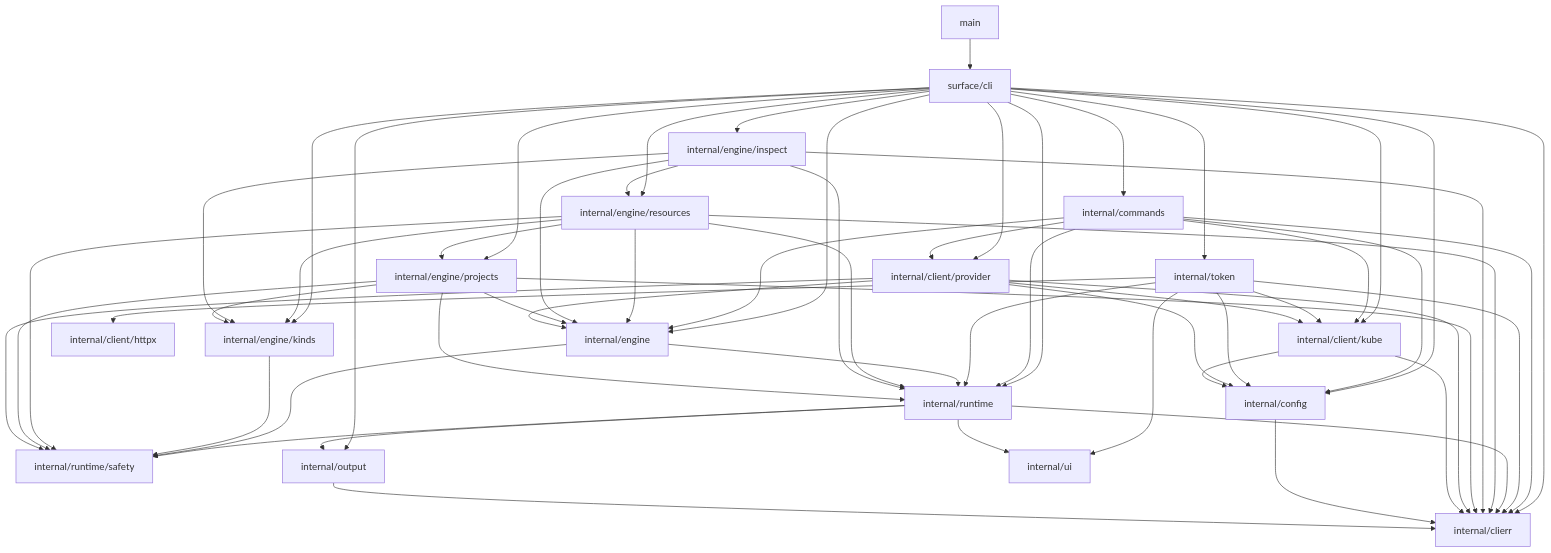
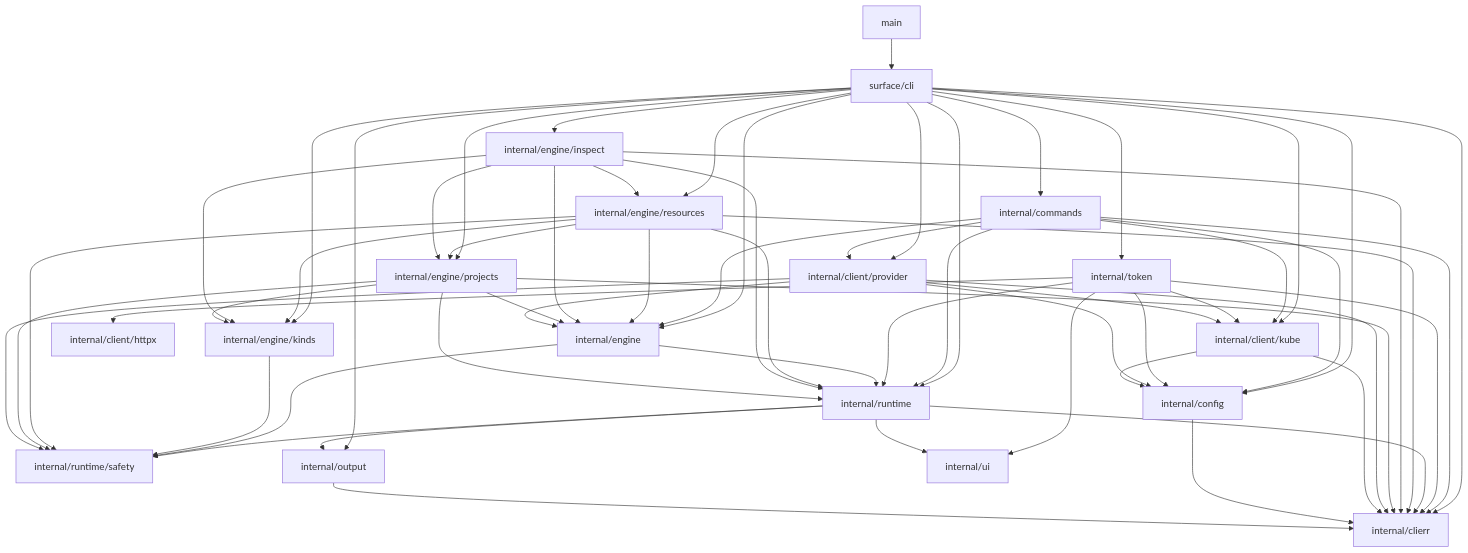
One commit to rancher/rancher-cli changed the diagram in ARCHITECTURE.md. Above: the diagram before and after it, drawn with Mermaid. The commit also changed other lines of this file and 8 other files, not shown here.

```diff
--- a/ARCHITECTURE.md
+++ b/ARCHITECTURE.md
@@ -134,6 +134,7 @@
 
     inspect --> engine
     inspect --> kinds
+    inspect --> projects
     inspect --> resources
     inspect --> runtime
     inspect --> clierr
```
